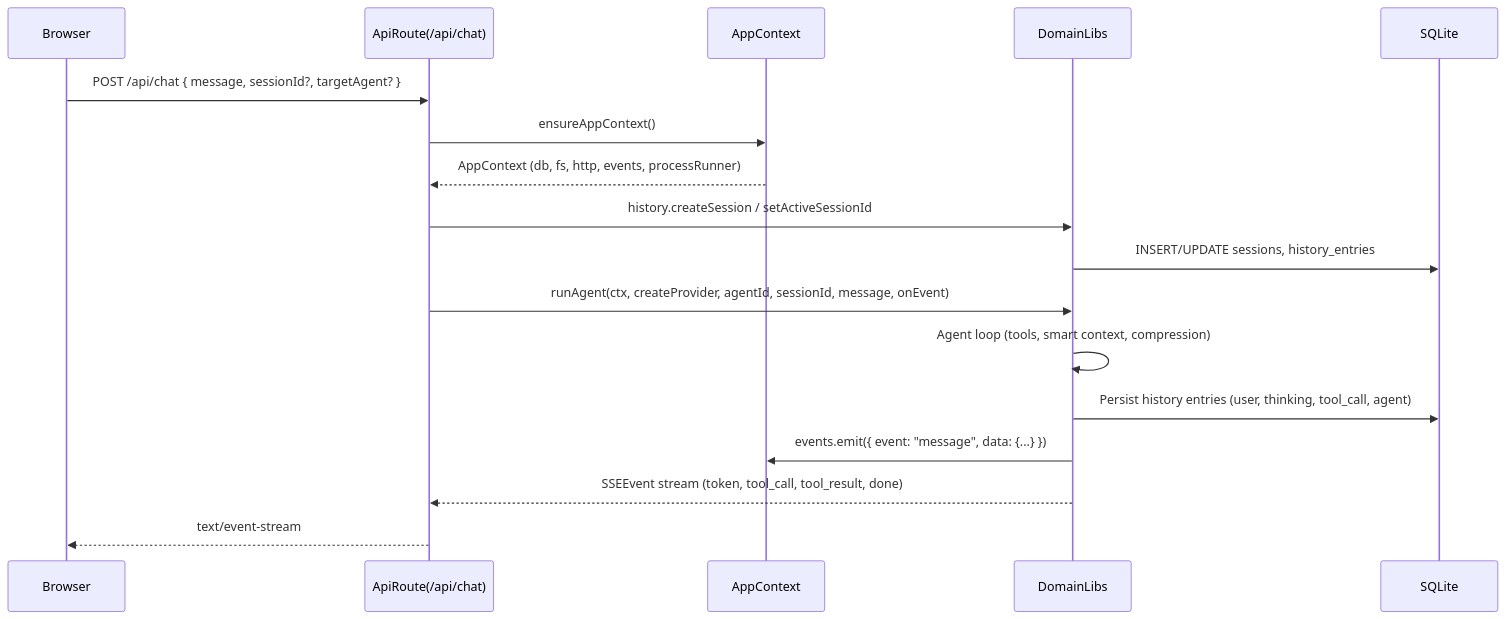
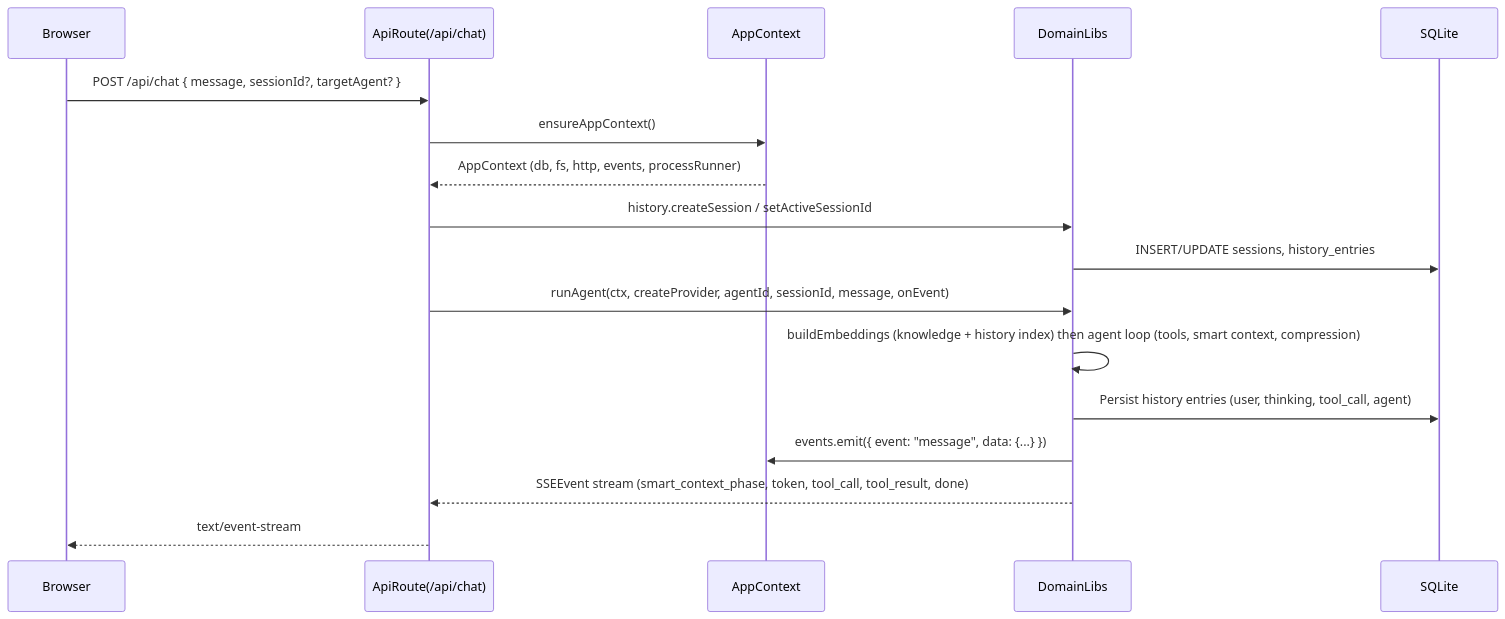
Before and after one commit to GarrettFleischer/maia: the first of 2 diagrams in docs/architecture/backend-and-domain.md, drawn with Mermaid. The commit also changed other lines of this file and 7 other files, not shown here.

First line of the commit message:
docs(architecture): document ask_user, smart context, and chat_read changes

````diff
--- a/docs/architecture/backend-and-domain.md
+++ b/docs/architecture/backend-and-domain.md
@@ -76,20 +82,20 @@
 ```mermaid
 sequenceDiagram
   participant Browser
   participant ApiRoute as ApiRoute(/api/chat)
   participant AppCtx as AppContext
   participant Domain as DomainLibs
   participant DB as SQLite
 
   Browser->>ApiRoute: POST /api/chat { message, sessionId?, targetAgent? }
   ApiRoute->>AppCtx: ensureAppContext()
   AppCtx-->>ApiRoute: AppContext (db, fs, http, events, processRunner)
   ApiRoute->>Domain: history.createSession / setActiveSessionId
   Domain->>DB: INSERT/UPDATE sessions, history_entries
   ApiRoute->>Domain: runAgent(ctx, createProvider, agentId, sessionId, message, onEvent)
-  Domain->>Domain: Agent loop (tools, smart context, compression)
+  Domain->>Domain: buildEmbeddings (knowledge + history index) then agent loop (tools, smart context, compression)
   Domain->>DB: Persist history entries (user, thinking, tool_call, agent)
   Domain->>AppCtx: events.emit({ event: "message", data: {...} })
-  Domain-->>ApiRoute: SSEEvent stream (token, tool_call, tool_result, done)
+  Domain-->>ApiRoute: SSEEvent stream (smart_context_phase, token, tool_call, tool_result, done)
   ApiRoute-->>Browser: text/event-stream
 ```
````
